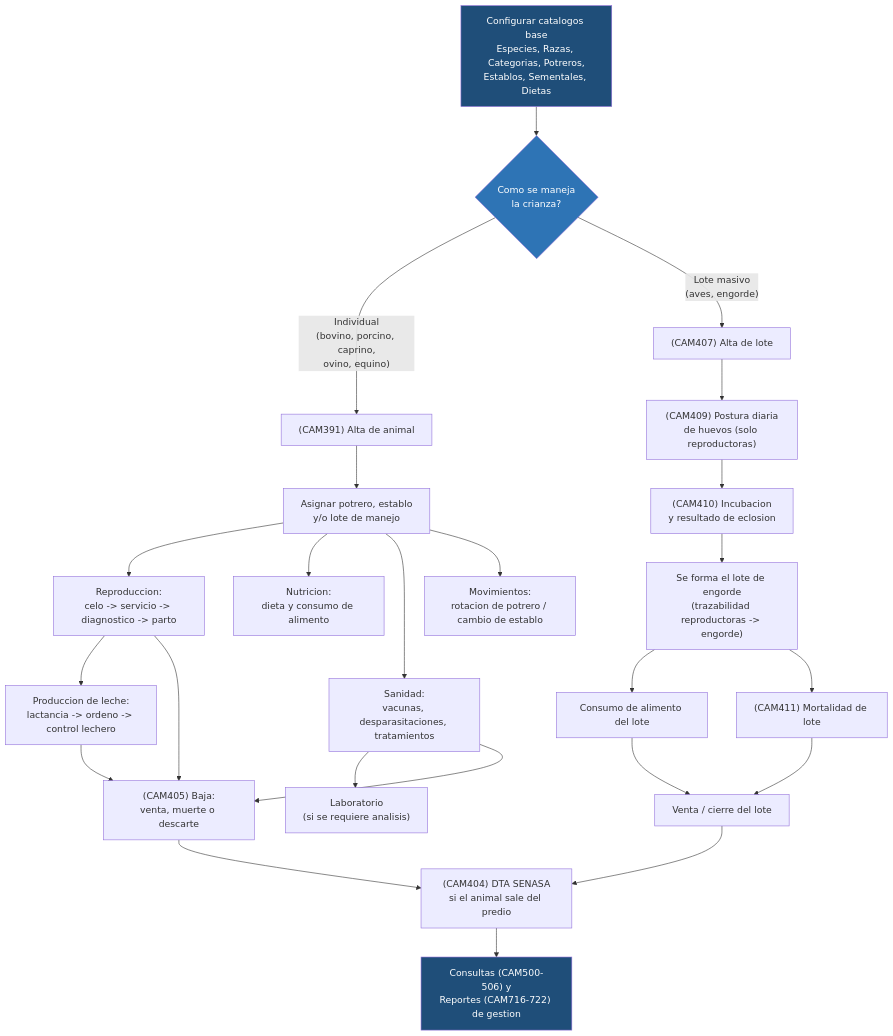
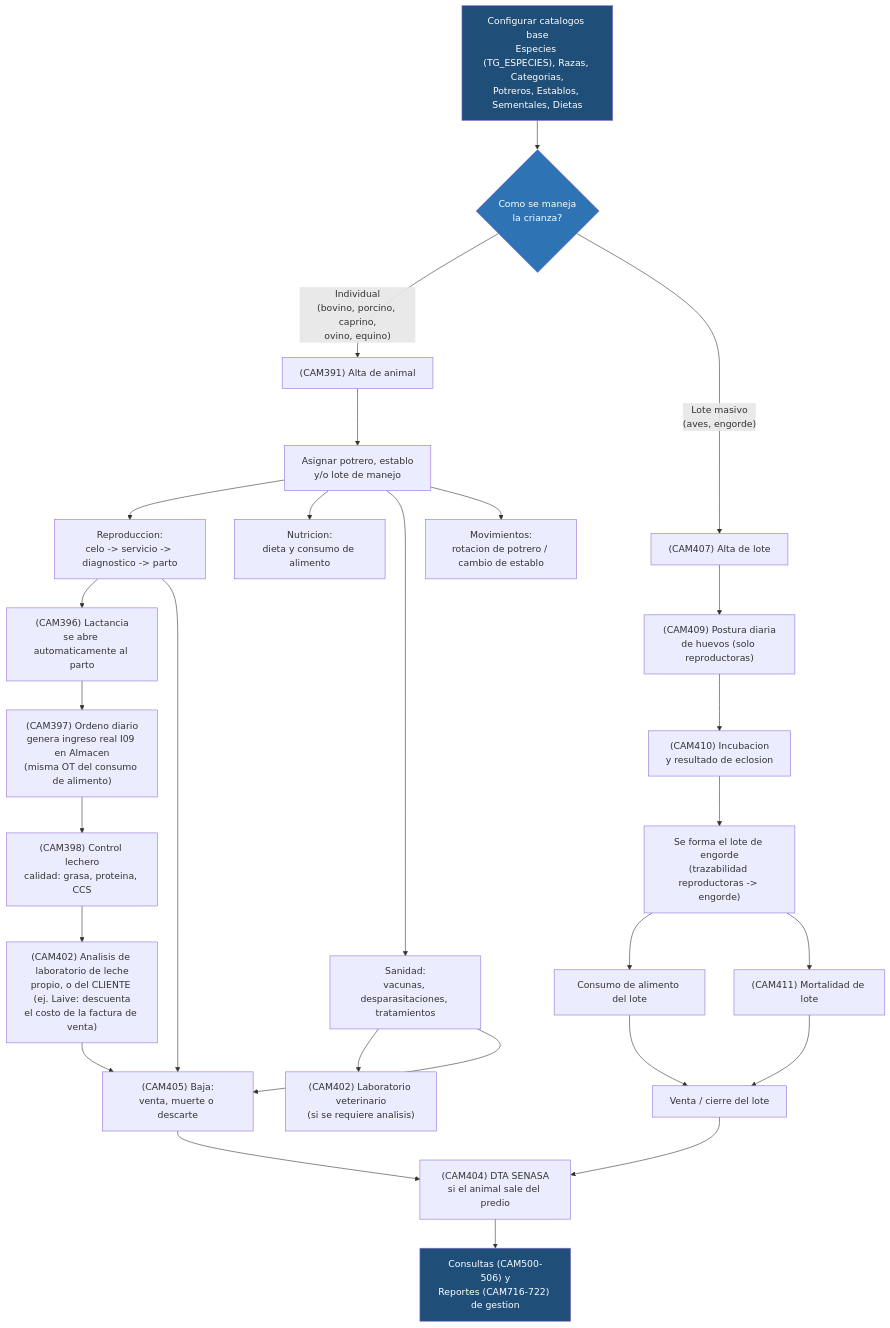
Before and after one commit to jramirezch1978/sigre_web: the first of 3 diagrams in Source ERPs/metadata SIGRE/pecuario/pecuario_modulo_diseno.md, drawn with Mermaid. The commit also changed other lines of this file and 3 other files, not shown here.

First line of the commit message:
feat(pecuario): reusar TG_ESPECIES en vez de PC_ESPECIE; cod_cliente FK; flujo con leche

````diff
--- a/Source ERPs/metadata SIGRE/pecuario/pecuario_modulo_diseno.md
+++ b/Source ERPs/metadata SIGRE/pecuario/pecuario_modulo_diseno.md
@@ -196,34 +196,37 @@
 ```mermaid
 flowchart TD
-    A["Configurar catalogos base<br/>Especies, Razas, Categorias, Potreros,<br/>Establos, Sementales, Dietas"] --> B{"Como se maneja<br/>la crianza?"}
+    A["Configurar catalogos base<br/>Especies (TG_ESPECIES), Razas, Categorias,<br/>Potreros, Establos, Sementales, Dietas"] --> B{"Como se maneja<br/>la crianza?"}
 
     B -->|"Individual<br/>(bovino, porcino, caprino,<br/>ovino, equino)"| C["(CAM391) Alta de animal"]
     B -->|"Lote masivo<br/>(aves, engorde)"| D["(CAM407) Alta de lote"]
 
     C --> C1["Asignar potrero, establo<br/>y/o lote de manejo"]
     C1 --> C2["Reproduccion:<br/>celo -> servicio -> diagnostico -> parto"]
-    C2 --> C3["Produccion de leche:<br/>lactancia -> ordeno -> control lechero"]
+    C2 --> C3["(CAM396) Lactancia<br/>se abre automaticamente al parto"]
+    C3 --> C3a["(CAM397) Ordeno diario<br/>genera ingreso real I09 en Almacen<br/>(misma OT del consumo de alimento)"]
+    C3a --> C3b["(CAM398) Control lechero<br/>calidad: grasa, proteina, CCS"]
+    C3b --> C3c["(CAM402) Analisis de laboratorio de leche<br/>propio, o del CLIENTE (ej. Laive: descuenta<br/>el costo de la factura de venta)"]
     C1 --> C4["Nutricion:<br/>dieta y consumo de alimento"]
     C1 --> C5["Sanidad:<br/>vacunas, desparasitaciones, tratamientos"]
-    C5 --> C6["Laboratorio<br/>(si se requiere analisis)"]
+    C5 --> C6["(CAM402) Laboratorio veterinario<br/>(si se requiere analisis)"]
     C1 --> C7["Movimientos:<br/>rotacion de potrero / cambio de establo"]
     C2 --> C8["(CAM405) Baja:<br/>venta, muerte o descarte"]
-    C3 --> C8
+    C3c --> C8
     C5 --> C8
 
     D --> D1["(CAM409) Postura diaria<br/>de huevos (solo reproductoras)"]
     D1 --> D2["(CAM410) Incubacion<br/>y resultado de eclosion"]
     D2 --> D3["Se forma el lote de engorde<br/>(trazabilidad reproductoras -> engorde)"]
     D3 --> D4["Consumo de alimento del lote"]
     D3 --> D5["(CAM411) Mortalidad de lote"]
     D4 --> D6["Venta / cierre del lote"]
     D5 --> D6
 
     C8 --> E["(CAM404) DTA SENASA<br/>si el animal sale del predio"]
     D6 --> E
     E --> F["Consultas (CAM500-506) y<br/>Reportes (CAM716-722) de gestion"]
 
     style A fill:#1F4E79,color:#ffffff
     style B fill:#2E74B5,color:#ffffff
     style F fill:#1F4E79,color:#ffffff
 ```
````
